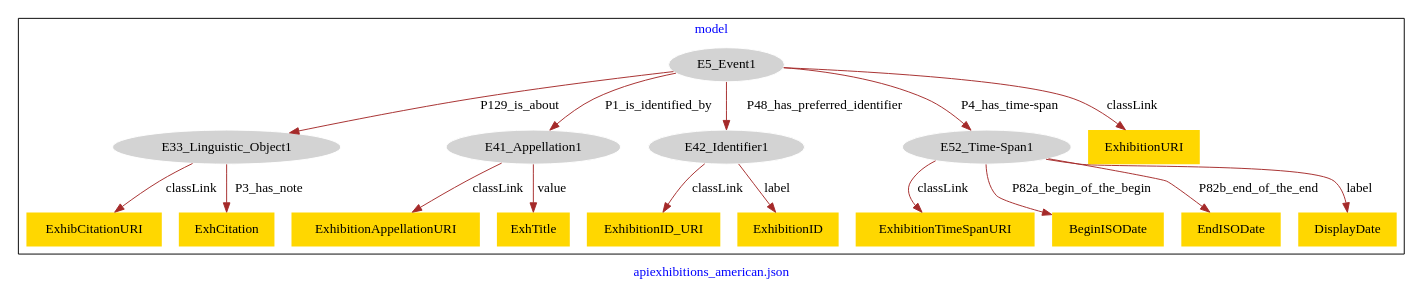
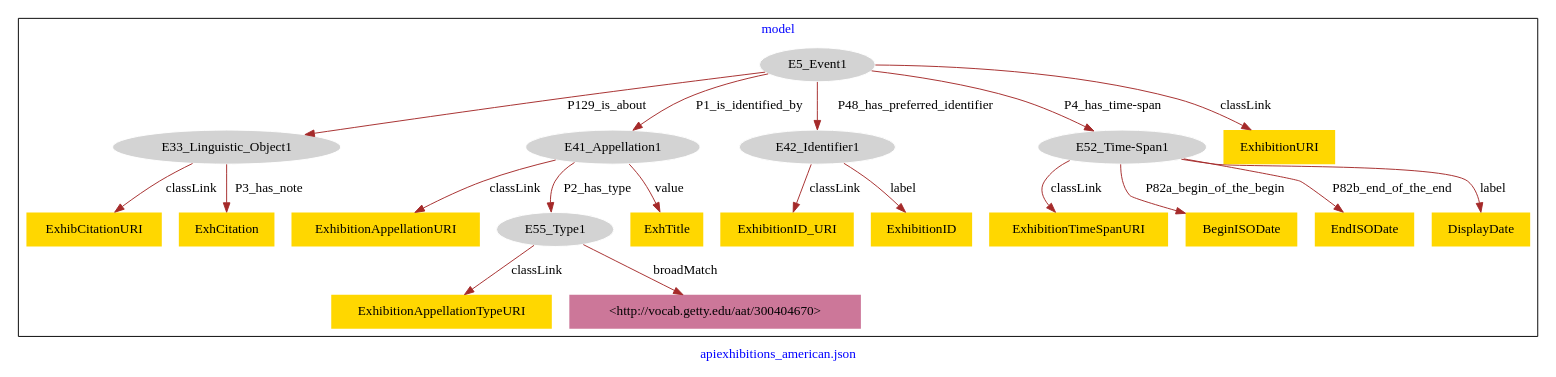
One commit to american-art/PUAM changed the diagram in apiexhibitions_american/apiexhibitions_american-model.dot. Above: the diagram before and after it, drawn with Graphviz.

Commit message:
Update file apiexhibitions_american-model.dot

```diff
--- a/apiexhibitions_american/apiexhibitions_american-model.dot
+++ b/apiexhibitions_american/apiexhibitions_american-model.dot
@@ -1,39 +1,45 @@
 digraph n0 {
 fontcolor="blue"
 remincross="true"
 label="apiexhibitions_american.json"
 subgraph cluster {
 label="model"
 n2[style="filled",color="white",fillcolor="lightgray",label="E33_Linguistic_Object1"];
 n3[shape="plaintext",style="filled",fillcolor="gold",label="ExhibCitationURI"];
 n4[shape="plaintext",style="filled",fillcolor="gold",label="ExhCitation"];
 n5[style="filled",color="white",fillcolor="lightgray",label="E41_Appellation1"];
 n6[shape="plaintext",style="filled",fillcolor="gold",label="ExhibitionAppellationURI"];
-n7[shape="plaintext",style="filled",fillcolor="gold",label="ExhTitle"];
-n8[style="filled",color="white",fillcolor="lightgray",label="E42_Identifier1"];
-n9[shape="plaintext",style="filled",fillcolor="gold",label="ExhibitionID_URI"];
-n10[shape="plaintext",style="filled",fillcolor="gold",label="ExhibitionID"];
-n11[style="filled",color="white",fillcolor="lightgray",label="E52_Time-Span1"];
-n12[shape="plaintext",style="filled",fillcolor="gold",label="ExhibitionTimeSpanURI"];
-n13[shape="plaintext",style="filled",fillcolor="gold",label="BeginISODate"];
-n14[shape="plaintext",style="filled",fillcolor="gold",label="EndISODate"];
-n15[shape="plaintext",style="filled",fillcolor="gold",label="DisplayDate"];
-n16[style="filled",color="white",fillcolor="lightgray",label="E5_Event1"];
-n17[shape="plaintext",style="filled",fillcolor="gold",label="ExhibitionURI"];
+n7[style="filled",color="white",fillcolor="lightgray",label="E55_Type1"];
+n8[shape="plaintext",style="filled",fillcolor="gold",label="ExhTitle"];
+n9[style="filled",color="white",fillcolor="lightgray",label="E42_Identifier1"];
+n10[shape="plaintext",style="filled",fillcolor="gold",label="ExhibitionID_URI"];
+n11[shape="plaintext",style="filled",fillcolor="gold",label="ExhibitionID"];
+n12[style="filled",color="white",fillcolor="lightgray",label="E52_Time-Span1"];
+n13[shape="plaintext",style="filled",fillcolor="gold",label="ExhibitionTimeSpanURI"];
+n14[shape="plaintext",style="filled",fillcolor="gold",label="BeginISODate"];
+n15[shape="plaintext",style="filled",fillcolor="gold",label="EndISODate"];
+n16[shape="plaintext",style="filled",fillcolor="gold",label="DisplayDate"];
+n17[shape="plaintext",style="filled",fillcolor="gold",label="ExhibitionAppellationTypeURI"];
+n18[shape="plaintext",style="filled",fillcolor="#CC7799",label="<http://vocab.getty.edu/aat/300404670>"];
+n19[style="filled",color="white",fillcolor="lightgray",label="E5_Event1"];
+n20[shape="plaintext",style="filled",fillcolor="gold",label="ExhibitionURI"];
 }
 n2 -> n3[color="brown",fontcolor="black",label="classLink"]
 n2 -> n4[color="brown",fontcolor="black",label="P3_has_note"]
 n5 -> n6[color="brown",fontcolor="black",label="classLink"]
-n5 -> n7[color="brown",fontcolor="black",label="value"]
-n8 -> n9[color="brown",fontcolor="black",label="classLink"]
-n8 -> n10[color="brown",fontcolor="black",label="label"]
-n11 -> n12[color="brown",fontcolor="black",label="classLink"]
-n11 -> n13[color="brown",fontcolor="black",label="P82a_begin_of_the_begin"]
-n11 -> n14[color="brown",fontcolor="black",label="P82b_end_of_the_end"]
-n11 -> n15[color="brown",fontcolor="black",label="label"]
-n16 -> n17[color="brown",fontcolor="black",label="classLink"]
-n16 -> n2[color="brown",fontcolor="black",label="P129_is_about"]
-n16 -> n5[color="brown",fontcolor="black",label="P1_is_identified_by"]
-n16 -> n8[color="brown",fontcolor="black",label="P48_has_preferred_identifier"]
-n16 -> n11[color="brown",fontcolor="black",label="P4_has_time-span"]
+n5 -> n7[color="brown",fontcolor="black",label="P2_has_type"]
+n5 -> n8[color="brown",fontcolor="black",label="value"]
+n9 -> n10[color="brown",fontcolor="black",label="classLink"]
+n9 -> n11[color="brown",fontcolor="black",label="label"]
+n12 -> n13[color="brown",fontcolor="black",label="classLink"]
+n12 -> n14[color="brown",fontcolor="black",label="P82a_begin_of_the_begin"]
+n12 -> n15[color="brown",fontcolor="black",label="P82b_end_of_the_end"]
+n12 -> n16[color="brown",fontcolor="black",label="label"]
+n7 -> n17[color="brown",fontcolor="black",label="classLink"]
+n7 -> n18[color="brown",fontcolor="black",label="broadMatch"]
+n19 -> n20[color="brown",fontcolor="black",label="classLink"]
+n19 -> n2[color="brown",fontcolor="black",label="P129_is_about"]
+n19 -> n5[color="brown",fontcolor="black",label="P1_is_identified_by"]
+n19 -> n9[color="brown",fontcolor="black",label="P48_has_preferred_identifier"]
+n19 -> n12[color="brown",fontcolor="black",label="P4_has_time-span"]
 }
```
